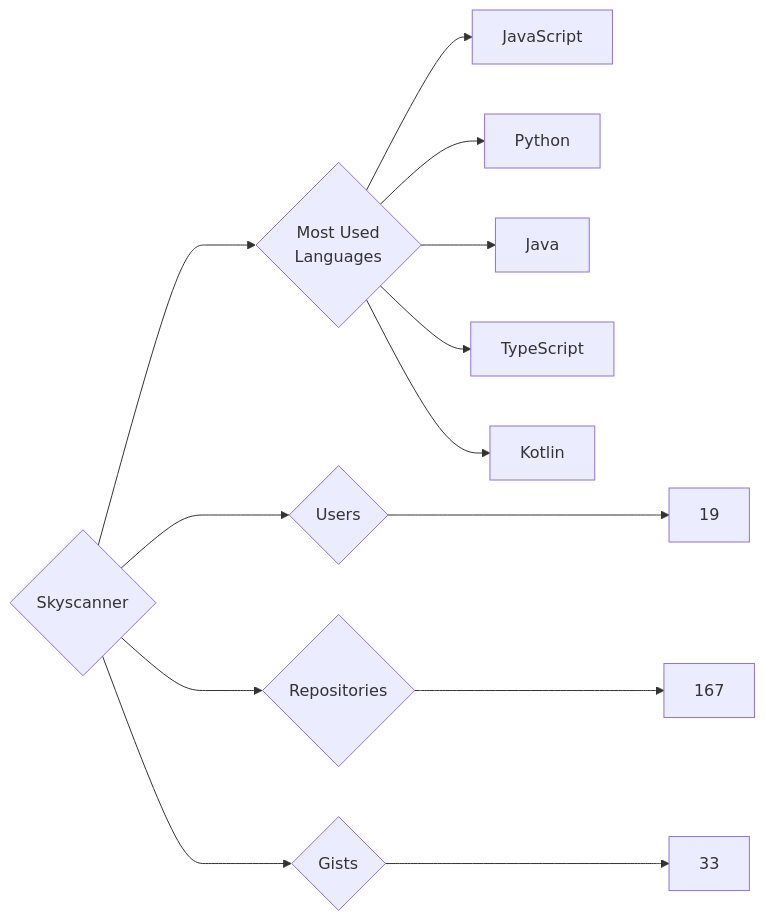
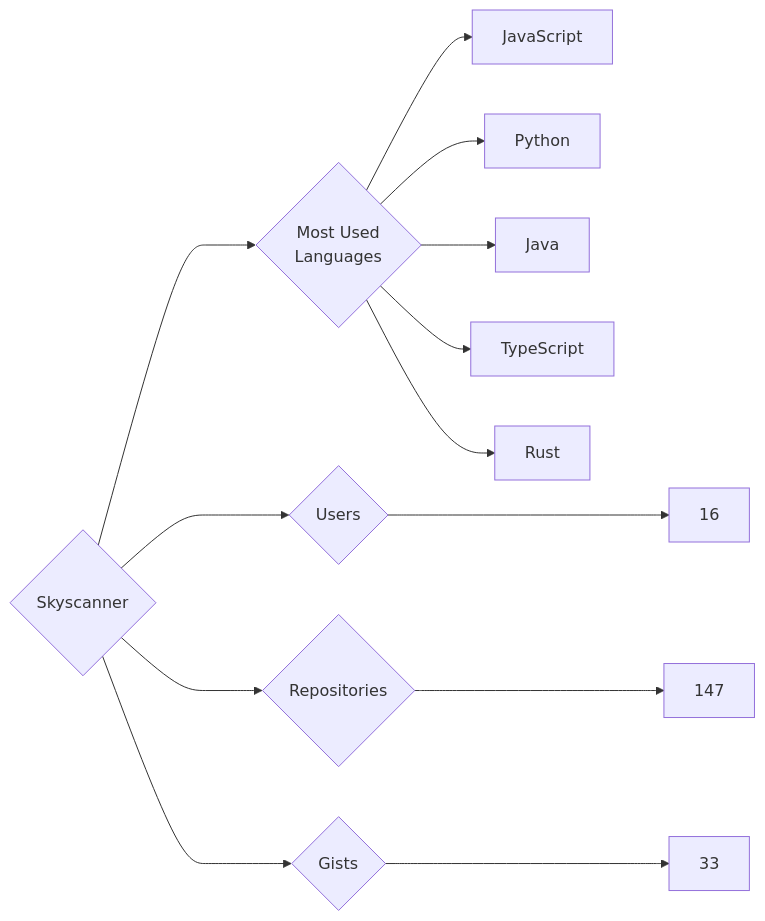
The diagram in targets/Skyscanner/README.md (trickest/insiders), drawn with Mermaid before and after one commit. The commit also changed 1248 other files, not shown here.

````diff
--- a/targets/Skyscanner/README.md
+++ b/targets/Skyscanner/README.md
@@ -3,13 +3,13 @@
 ```mermaid
 graph LR
 COMPANY_NAME{Skyscanner}
-COMPANY_NAME ---> U{Users} ---> UN[19]
-COMPANY_NAME ---> R{Repositories} ---> RN[167]
+COMPANY_NAME ---> U{Users} ---> UN[16]
+COMPANY_NAME ---> R{Repositories} ---> RN[147]
 COMPANY_NAME ---> G{Gists} ---> GN[33]
 COMPANY_NAME ---> ML{Most Used<br>Languages}
 ML --> JavaScript[JavaScript]
 ML --> Python[Python]
 ML --> Java[Java]
 ML --> TypeScript[TypeScript]
-ML --> Kotlin[Kotlin]
+ML --> Rust[Rust]
 ```
````
